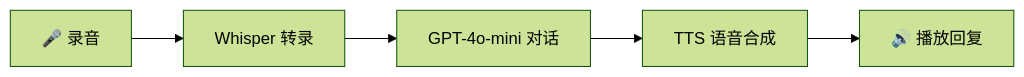
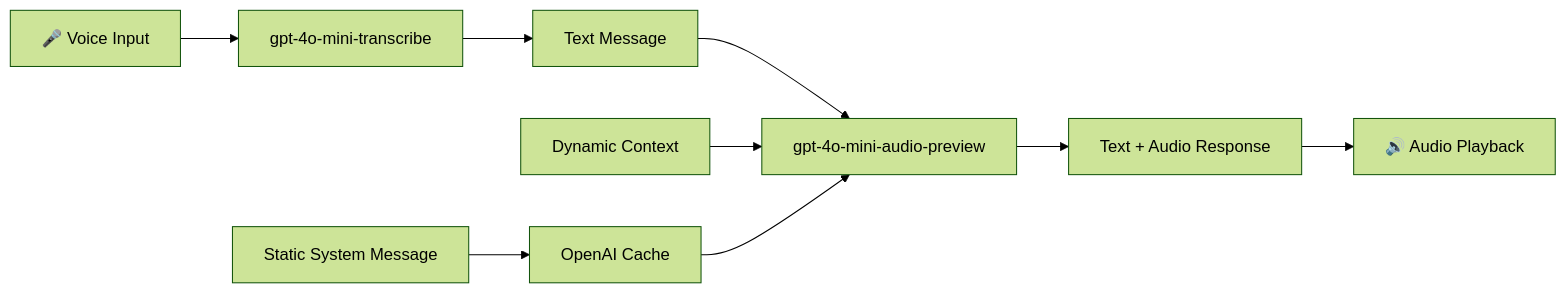
Before and after one commit to SkyJinXX/WatchBuddy: the diagram in README.md, drawn with Mermaid (forest theme). The commit also changed other lines of this file and 2 other files, not shown here.

````diff
--- a/README.md
+++ b/README.md
@@ -75,7 +86,12 @@
 ```mermaid
 graph LR
-    A[🎤 录音] --> B[Whisper 转录]
-    B --> C[GPT-4o-mini 对话]
-    C --> D[TTS 语音合成]
-    D --> E[🔊 播放回复]
+    A[🎤 Voice Input] --> B[gpt-4o-mini-transcribe]
+    B --> C[Text Message]
+    C --> D[gpt-4o-mini-audio-preview]
+    D --> E[Text + Audio Response]
+    E --> F[🔊 Audio Playback]
+    
+    G[Static System Message] --> H[OpenAI Cache]
+    I[Dynamic Context] --> D
+    H --> D
 ```
````
